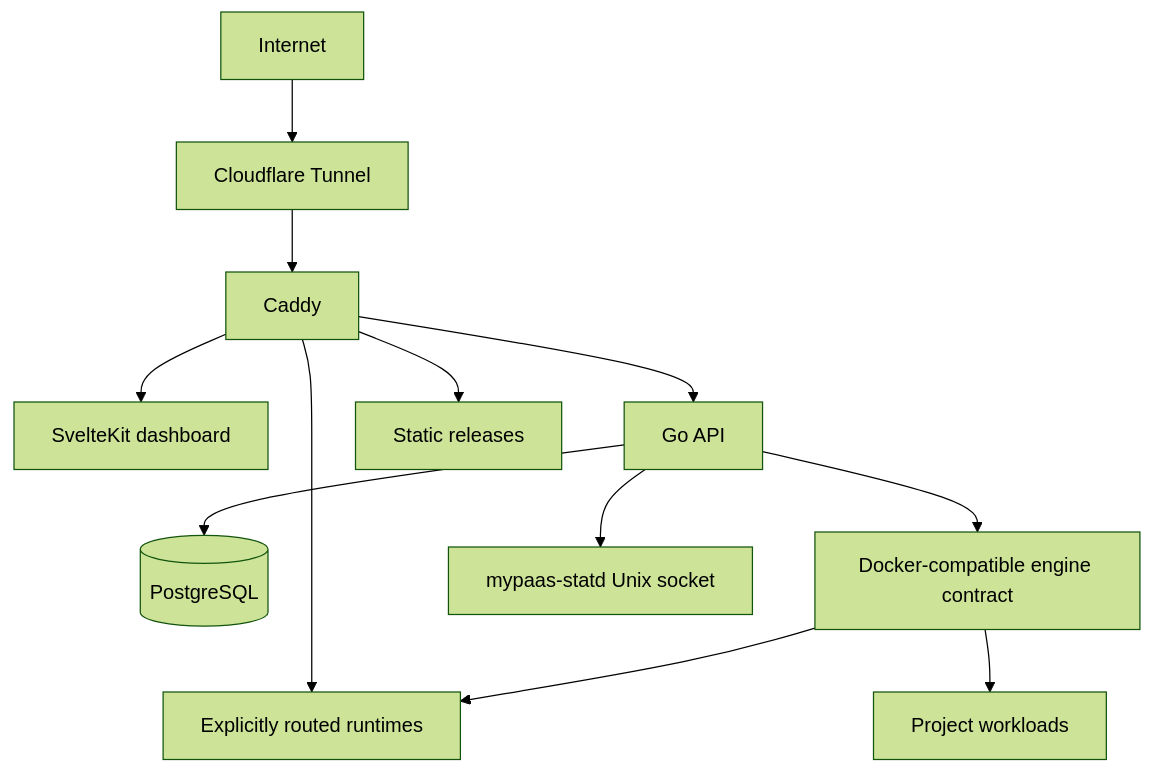
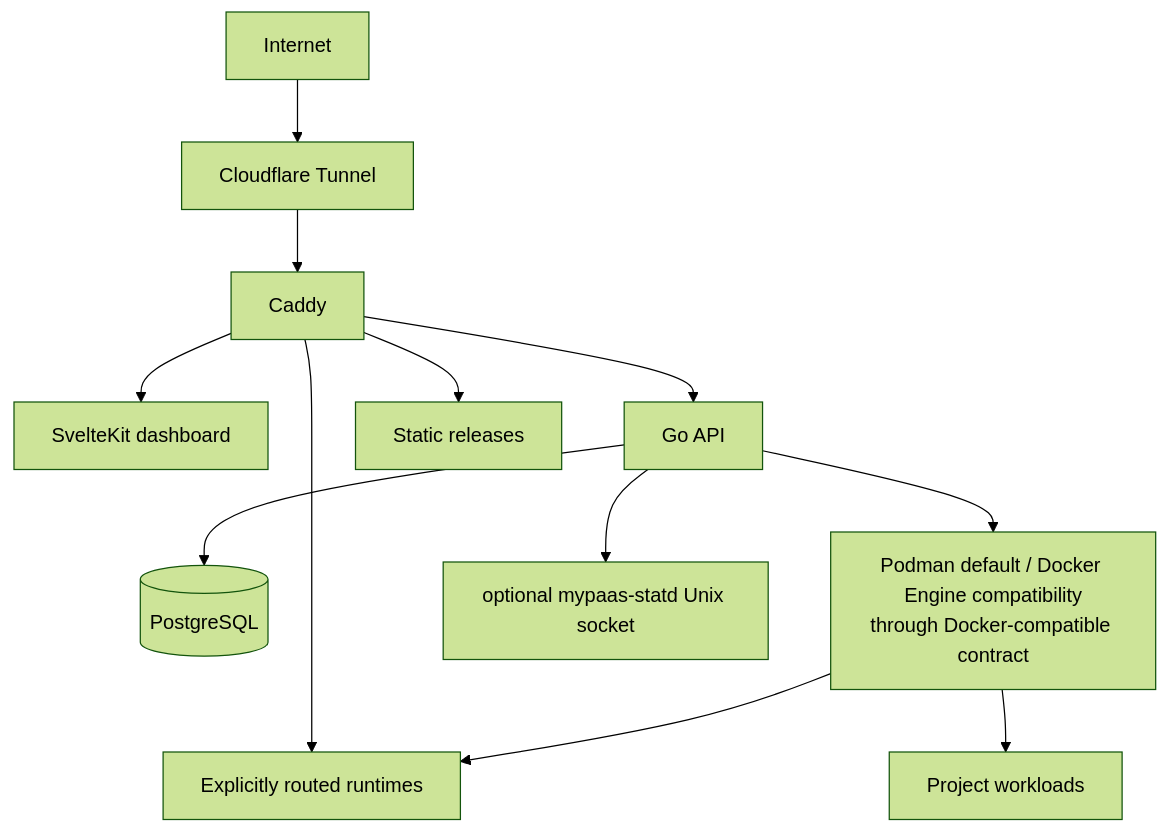
The diagram in README.md (howlil/MyPaas), drawn with Mermaid (forest theme) before and after one commit. The commit also changed other lines of this file, not shown here.

Commit message:
docs: clarify Podman-first runtime positioning

````diff
--- a/README.md
+++ b/README.md
@@ -128,13 +131,13 @@
 ```mermaid
 flowchart TB
     Internet["Internet"] --> Tunnel["Cloudflare Tunnel"] --> Caddy["Caddy"]
     Caddy --> Dashboard["SvelteKit dashboard"]
     Caddy --> API["Go API"]
     Caddy --> Static["Static releases"]
     Caddy --> Runtime["Explicitly routed runtimes"]
     API --> Postgres[("PostgreSQL")]
-    API --> Engine["Docker-compatible engine contract"]
-    API --> Statd["mypaas-statd Unix socket"]
+    API --> Engine["Podman default / Docker Engine compatibility\nthrough Docker-compatible contract"]
+    API --> Statd["optional mypaas-statd Unix socket"]
     Engine --> Runtime
     Engine --> Workloads["Project workloads"]
 ```
````
